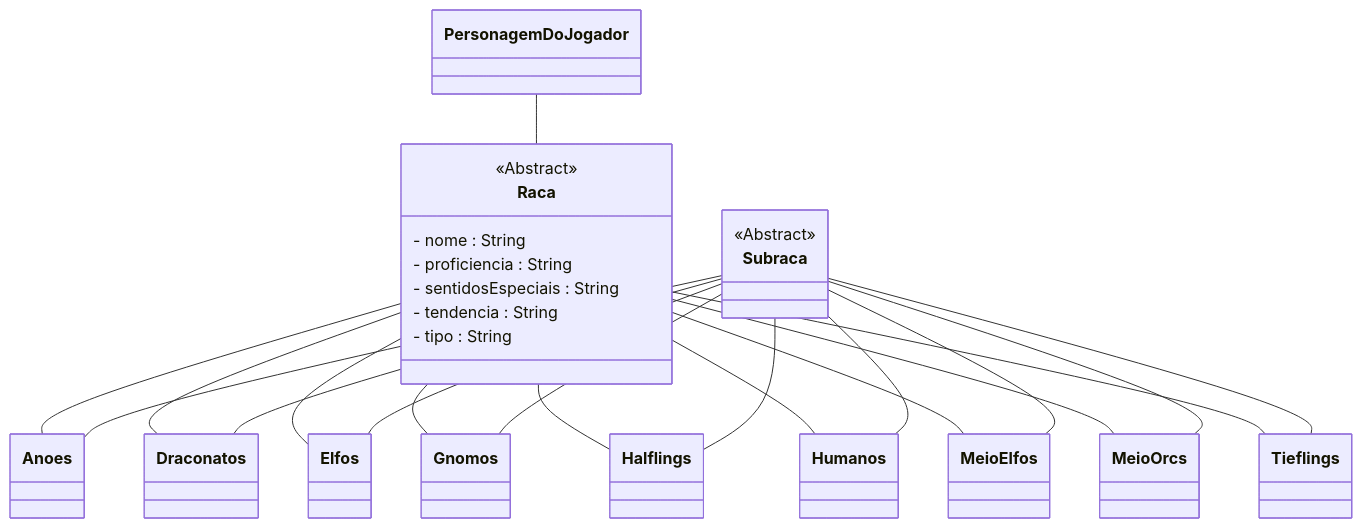
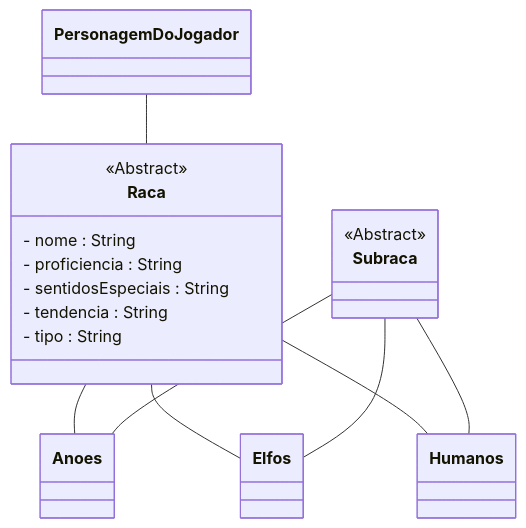
Before and after one commit to SirGanB/nio-website: the diagram in docs/generator/Raca/raca.md, drawn with Mermaid. The commit also changed other lines of this file and 6 other files, not shown here.

````diff
--- a/docs/generator/Raca/raca.md
+++ b/docs/generator/Raca/raca.md
@@ -43,34 +43,21 @@
 ```mermaid
 classDiagram
     PersonagemDoJogador -- Raca
     Raca -- Anoes
-    Raca -- Draconatos
     Raca -- Elfos
-    Raca -- Gnomos
-    Raca -- Halflings
     Raca -- Humanos
-    Raca -- MeioElfos
-    Raca -- MeioOrcs
-    Raca -- Tieflings
+    <<Abstract>> Raca
 
     Subraca -- Anoes
-    Subraca -- Draconatos
     Subraca -- Elfos
-    Subraca -- Gnomos
-    Subraca -- Halflings
     Subraca -- Humanos
-    Subraca -- MeioElfos
-    Subraca -- MeioOrcs
-    Subraca -- Tieflings
+    <<Abstract>> Subraca
 
-    
-    <<Abstract>> Raca
     class Raca {
         - nome : String
         - proficiencia : String
         - sentidosEspeciais : String
         - tendencia : String
         - tipo : String
     }
-    <<Abstract>> Subraca
 ```
````
